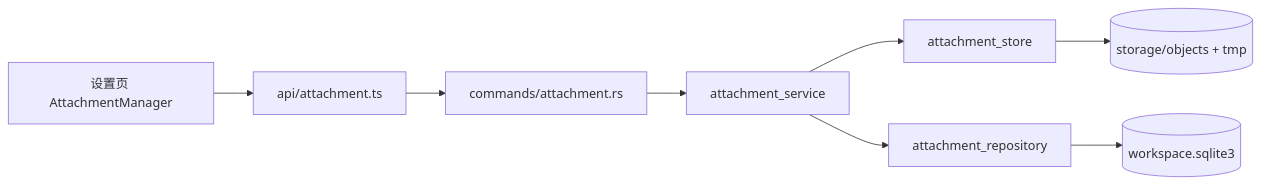
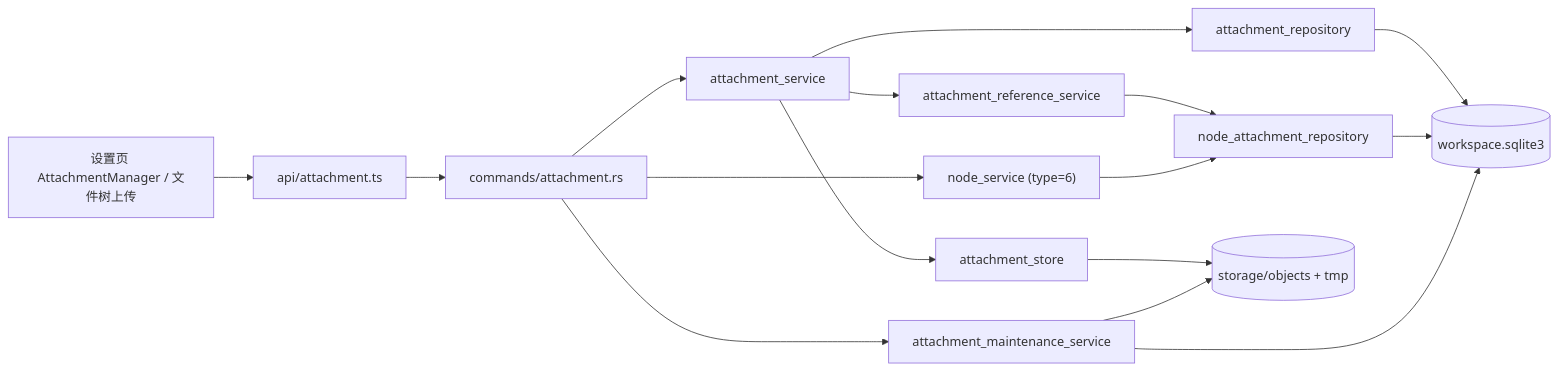
One commit to jh1397208932/jh-starrs-rust changed the fourth of 4 diagrams in docs/开发/架构说明.md. Above: the diagram before and after it, drawn with Mermaid. The commit also changed other lines of this file and 283 other files, not shown here.

````diff
--- a/docs/开发/架构说明.md
+++ b/docs/开发/架构说明.md
@@ -133,10 +139,18 @@
 ```mermaid
 flowchart LR
-  A["设置页 AttachmentManager"] --> B["api/attachment.ts"]
+  A["设置页 AttachmentManager / 文件树上传"] --> B["api/attachment.ts"]
   B --> C["commands/attachment.rs"]
   C --> D["attachment_service"]
+  C --> N["node_service (type=6)"]
+  C --> M["attachment_maintenance_service"]
   D --> E["attachment_store"]
   D --> F["attachment_repository"]
+  D --> R["attachment_reference_service"]
+  R --> F2["node_attachment_repository"]
+  N --> F2
   E --> G[("storage/objects + tmp")]
   F --> H[("workspace.sqlite3")]
+  F2 --> H
+  M --> H
+  M --> G
 ```
````
